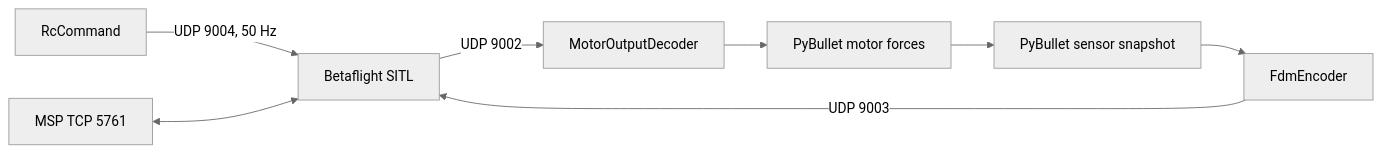
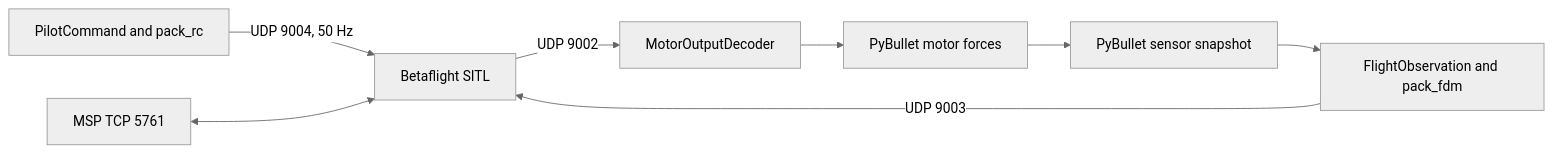
Before and after one commit to amire2000/drone-physics-and-simulation-course: the diagram in design/integration/betaflight_sitl_bridge.md, drawn with Mermaid (neutral theme). The commit also changed other lines of this file and 39 other files, not shown here.

Commit message:
betaflight sitl

````diff
--- a/design/integration/betaflight_sitl_bridge.md
+++ b/design/integration/betaflight_sitl_bridge.md
@@ -29,10 +35,10 @@
 ```mermaid
 flowchart LR
-    command[RcCommand] -->|UDP 9004, 50 Hz| sitl[Betaflight SITL]
-    fdm[FdmEncoder] -->|UDP 9003| sitl
+    command[PilotCommand and pack_rc] -->|UDP 9004, 50 Hz| sitl[Betaflight SITL]
+    fdm[FlightObservation and pack_fdm] -->|UDP 9003| sitl
     sitl -->|UDP 9002| decoder[MotorOutputDecoder]
     decoder --> physics[PyBullet motor forces]
     physics --> sensors[PyBullet sensor snapshot]
     sensors --> fdm
     msp[MSP TCP 5761] <--> sitl
 ```
````
